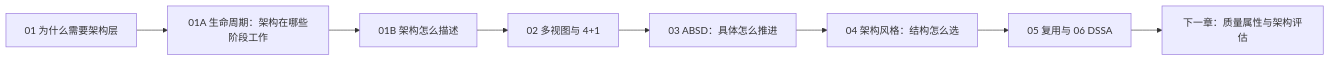
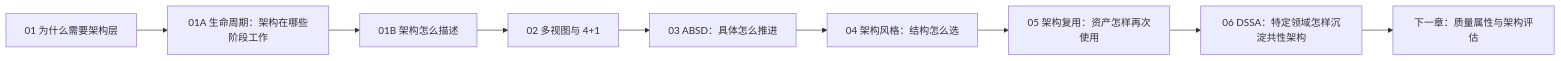
Before and after one commit to 74262195/system-architect-notes: the diagram in 01_综合知识/06_软件架构设计/软件架构设计索引.md, drawn with Mermaid. The commit also changed other lines of this file and 2 other files, not shown here.

````diff
--- a/01_综合知识/06_软件架构设计/软件架构设计索引.md
+++ b/01_综合知识/06_软件架构设计/软件架构设计索引.md
@@ -67,10 +68,11 @@
 ```mermaid
 flowchart LR
     A["01 为什么需要架构层"] --> B["01A 生命周期：架构在哪些阶段工作"]
     B --> C["01B 架构怎么描述"]
     C --> D["02 多视图与 4+1"]
     D --> E["03 ABSD：具体怎么推进"]
     E --> F["04 架构风格：结构怎么选"]
-    F --> G["05 复用与 06 DSSA"]
-    G --> H["下一章：质量属性与架构评估"]
+    F --> G["05 架构复用：资产怎样再次使用"]
+    G --> H["06 DSSA：特定领域怎样沉淀共性架构"]
+    H --> I["下一章：质量属性与架构评估"]
 ```
````
